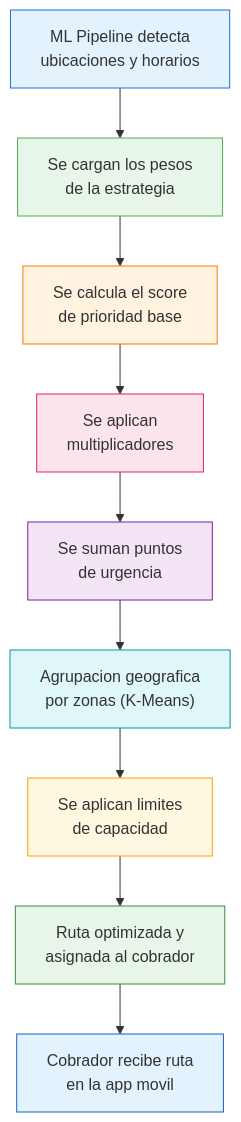
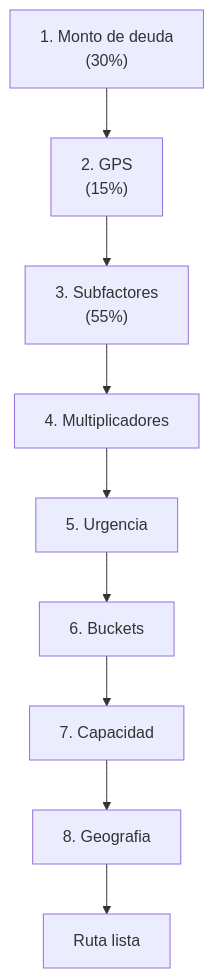
The first of 2 diagrams in docs/guia-usuario/cobranza/estrategia-reglas.md (multiagents-fer/gps-platform-docs), drawn with Mermaid before and after one commit. The commit also changed other lines of this file and 2 other files, not shown here.

````diff
--- a/docs/guia-usuario/cobranza/estrategia-reglas.md
+++ b/docs/guia-usuario/cobranza/estrategia-reglas.md
@@ -18,21 +63,11 @@
 ```mermaid
 flowchart TD
-    A["ML Pipeline detecta<br/>ubicaciones y horarios"] --> B["Se cargan los pesos<br/>de la estrategia"]
-    B --> C["Se calcula el score<br/>de prioridad base"]
-    C --> D["Se aplican<br/>multiplicadores"]
-    D --> E["Se suman puntos<br/>de urgencia"]
-    E --> F["Agrupacion geografica<br/>por zonas (K-Means)"]
-    F --> G["Se aplican limites<br/>de capacidad"]
-    G --> H["Ruta optimizada y<br/>asignada al cobrador"]
-    H --> I["Cobrador recibe ruta<br/>en la app movil"]
-
-    style A fill:#e3f2fd,stroke:#1976d2
-    style B fill:#e8f5e9,stroke:#4caf50
-    style C fill:#fff3e0,stroke:#f57c00
-    style D fill:#fce4ec,stroke:#e91e63
-    style E fill:#f3e5f5,stroke:#7b1fa2
-    style F fill:#e0f7fa,stroke:#0097a7
-    style G fill:#fff8e1,stroke:#ffa000
-    style H fill:#e8f5e9,stroke:#388e3c
-    style I fill:#e3f2fd,stroke:#1565c0
+    A["1. Monto de deuda\n(30%)"] --> B["2. GPS\n(15%)"]
+    B --> C["3. Subfactores\n(55%)"]
+    C --> D["4. Multiplicadores"]
+    D --> E["5. Urgencia"]
+    E --> F["6. Buckets"]
+    F --> G["7. Capacidad"]
+    G --> H["8. Geografia"]
+    H --> I["Ruta lista"]
 ```
````
